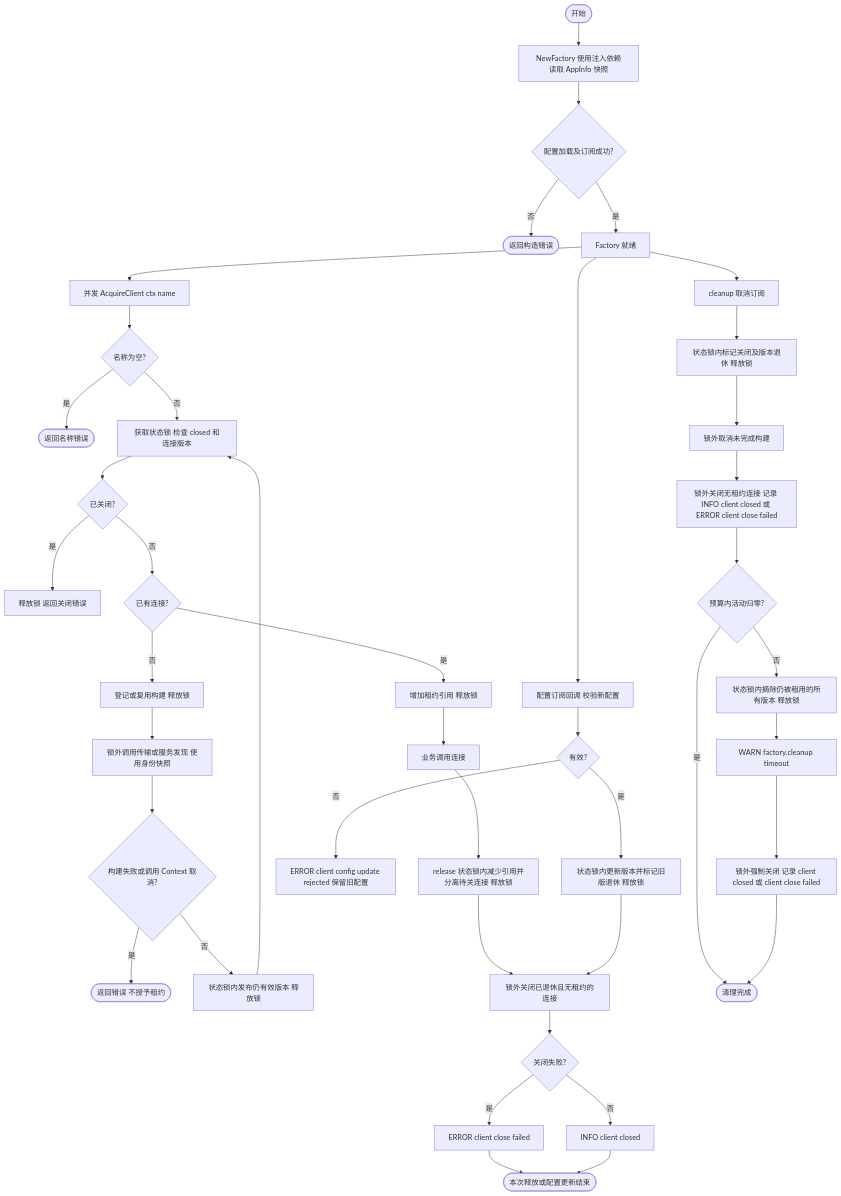
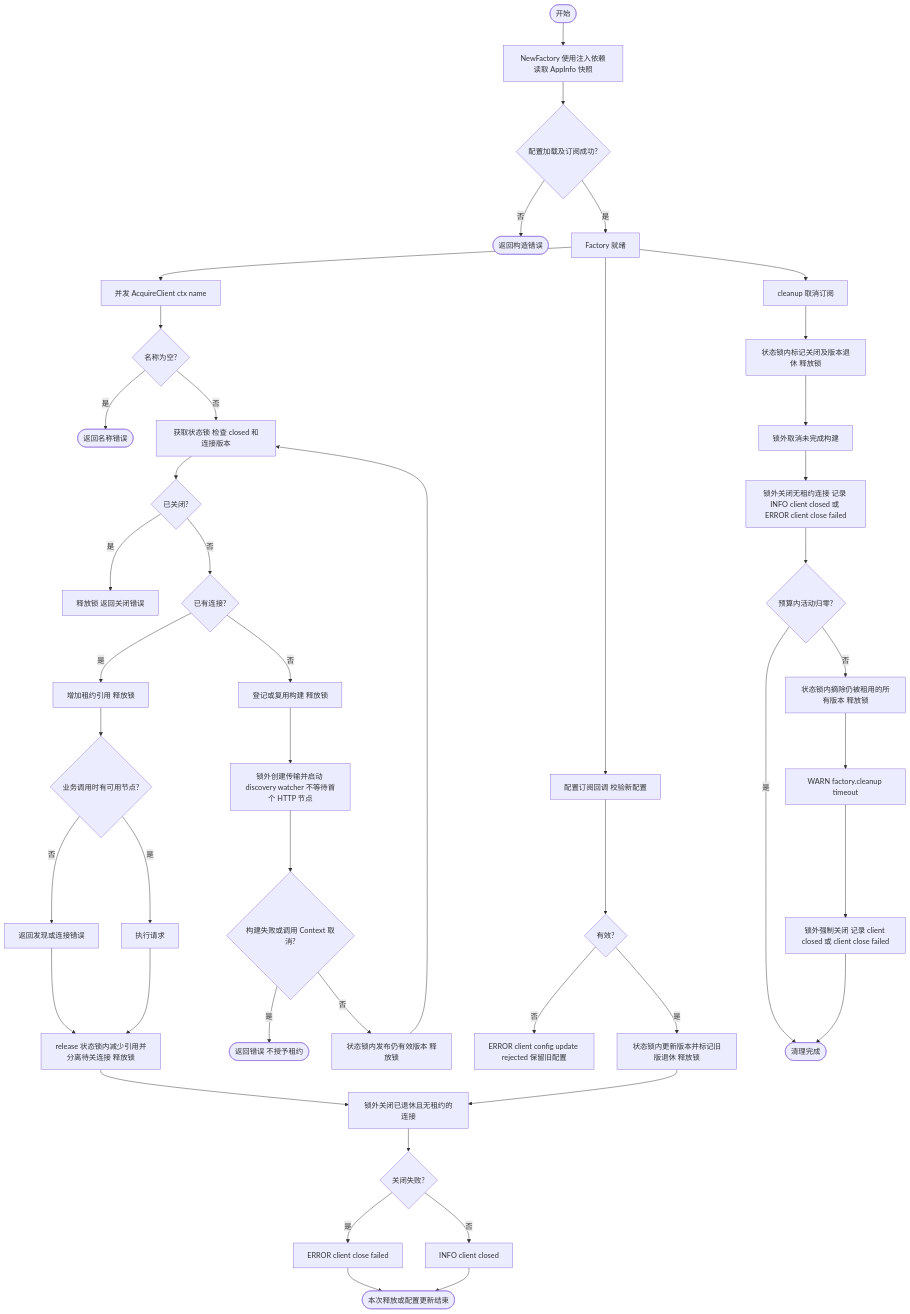
One commit to jaggerzhuang1994/kratos-foundation changed the fifth of 9 diagrams in pkg/client/README.md. Above: the diagram before and after it, drawn with Mermaid. The commit also changed other lines of this file and 17 other files, not shown here.

````diff
--- a/pkg/client/README.md
+++ b/pkg/client/README.md
@@ -137,44 +139,47 @@
 ```mermaid
 flowchart TD
     A([开始]) --> B[NewFactory 使用注入依赖读取 AppInfo 快照]
     B --> C{配置加载及订阅成功?}
     C -- 否 --> E([返回构造错误])
     C -- 是 --> F[Factory 就绪]
     F --> G[并发 AcquireClient ctx name]
     G --> H{名称为空?}
     H -- 是 --> I([返回名称错误])
     H -- 否 --> J[获取状态锁 检查 closed 和连接版本]
     J --> K{已关闭?}
     K -- 是 --> L[释放锁 返回关闭错误]
     K -- 否 --> M{已有连接?}
     M -- 是 --> N[增加租约引用 释放锁]
-    N --> O[业务调用连接]
+    N --> O{业务调用时有可用节点?}
+    O -- 否 --> AJ[返回发现或连接错误]
+    O -- 是 --> AK[执行请求]
     M -- 否 --> P[登记或复用构建 释放锁]
-    P --> Q[锁外调用传输或服务发现 使用身份快照]
+    P --> Q[锁外创建传输并启动 discovery watcher 不等待首个 HTTP 节点]
     Q --> R{构建失败或调用 Context 取消?}
     R -- 是 --> S([返回错误 不授予租约])
     R -- 否 --> T[状态锁内发布仍有效版本 释放锁]
     T --> J
-    O --> U[release 状态锁内减少引用并分离待关连接 释放锁]
+    AJ --> U[release 状态锁内减少引用并分离待关连接 释放锁]
+    AK --> U
     F --> V[配置订阅回调 校验新配置]
     V --> W{有效?}
     W -- 否 --> X[ERROR client config update rejected 保留旧配置]
     W -- 是 --> Y[状态锁内更新版本并标记旧版退休 释放锁]
     F --> Z[cleanup 取消订阅]
     Z --> AA[状态锁内标记关闭及版本退休 释放锁]
     AA --> AB[锁外取消未完成构建]
     U --> AC[锁外关闭已退休且无租约的连接]
     Y --> AC
     AB --> AO[锁外关闭无租约连接 记录 INFO client closed 或 ERROR client close failed]
     AC --> AD{关闭失败?}
     AD -- 是 --> AE[ERROR client close failed]
     AD -- 否 --> AF[INFO client closed]
     AE --> AI([本次释放或配置更新结束])
     AF --> AI
     AO --> AG{预算内活动归零?}
     AG -- 是 --> AH([清理完成])
     AG -- 否 --> AT[状态锁内摘除仍被租用的所有版本 释放锁]
     AT --> AU[WARN factory.cleanup timeout]
     AU --> AV[锁外强制关闭 记录 client closed 或 client close failed]
     AV --> AH
 ```
````
